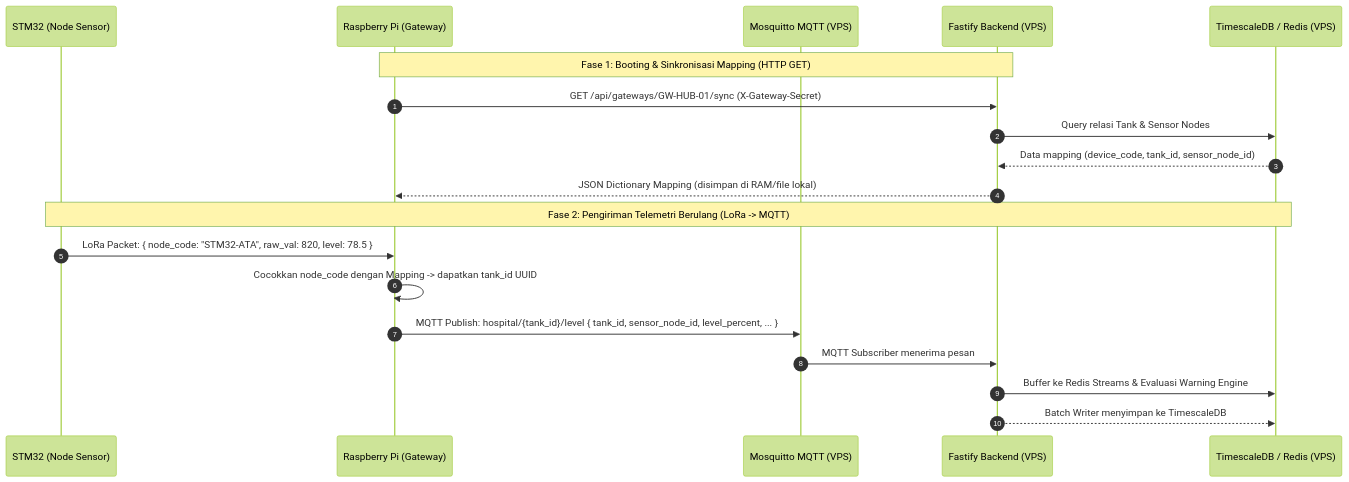
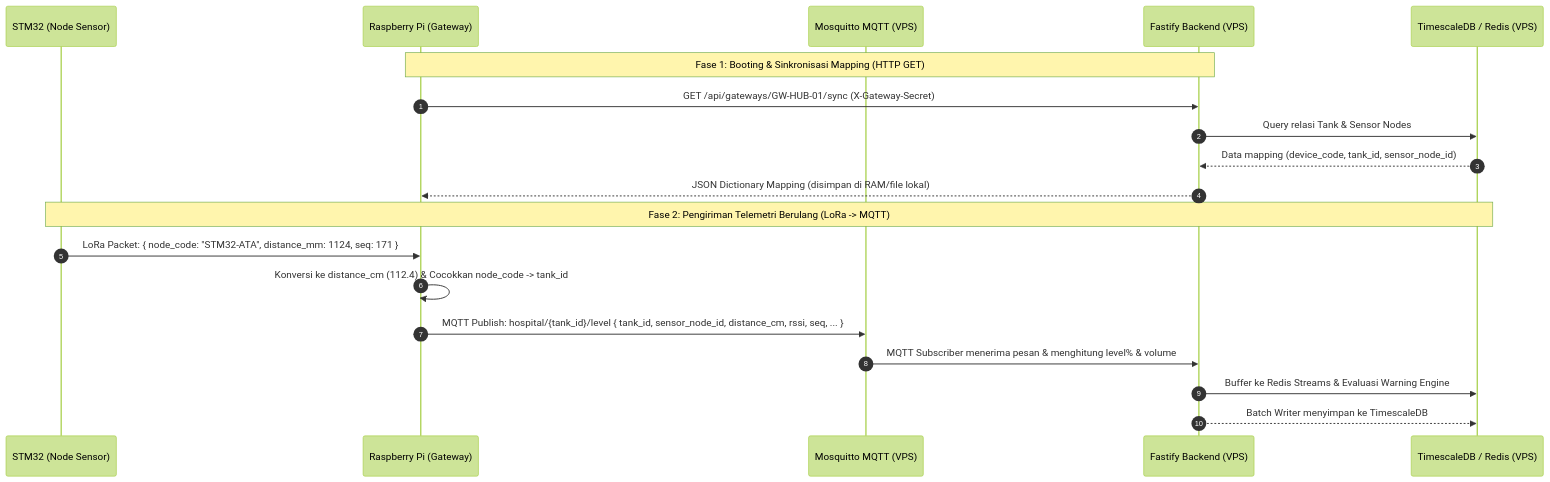
Before and after one commit to PMLD-RSA/backend-rsa-ugm: the third of 3 diagrams in docs/requirements.md, drawn with Mermaid (forest theme). The commit also changed other lines of this file and 15 other files, not shown here.

Commit message:
fix: no level and volume in mqtt, full at backend

````diff
--- a/docs/requirements.md
+++ b/docs/requirements.md
@@ -322,23 +336,23 @@
 ```mermaid
 sequenceDiagram
     autonumber
     participant STM as STM32 (Node Sensor)
     participant RPI as Raspberry Pi (Gateway)
     participant BRK as Mosquitto MQTT (VPS)
     participant API as Fastify Backend (VPS)
     participant DB as TimescaleDB / Redis (VPS)
 
     Note over RPI,API: Fase 1: Booting & Sinkronisasi Mapping (HTTP GET)
     RPI->>API: GET /api/gateways/GW-HUB-01/sync (X-Gateway-Secret)
     API->>DB: Query relasi Tank & Sensor Nodes
     DB-->>API: Data mapping (device_code, tank_id, sensor_node_id)
     API-->>RPI: JSON Dictionary Mapping (disimpan di RAM/file lokal)
 
     Note over STM,DB: Fase 2: Pengiriman Telemetri Berulang (LoRa -> MQTT)
-    STM->>RPI: LoRa Packet: { node_code: "STM32-ATA", raw_val: 820, level: 78.5 }
-    RPI->>RPI: Cocokkan node_code dengan Mapping -> dapatkan tank_id UUID
-    RPI->>BRK: MQTT Publish: hospital/{tank_id}/level { tank_id, sensor_node_id, level_percent, ... }
-    BRK->>API: MQTT Subscriber menerima pesan
+    STM->>RPI: LoRa Packet: { node_code: "STM32-ATA", distance_mm: 1124, seq: 171 }
+    RPI->>RPI: Konversi ke distance_cm (112.4) & Cocokkan node_code -> tank_id
+    RPI->>BRK: MQTT Publish: hospital/{tank_id}/level { tank_id, sensor_node_id, distance_cm, rssi, seq, ... }
+    BRK->>API: MQTT Subscriber menerima pesan & menghitung level% & volume
     API->>DB: Buffer ke Redis Streams & Evaluasi Warning Engine
     API-->>DB: Batch Writer menyimpan ke TimescaleDB
 ```
````
